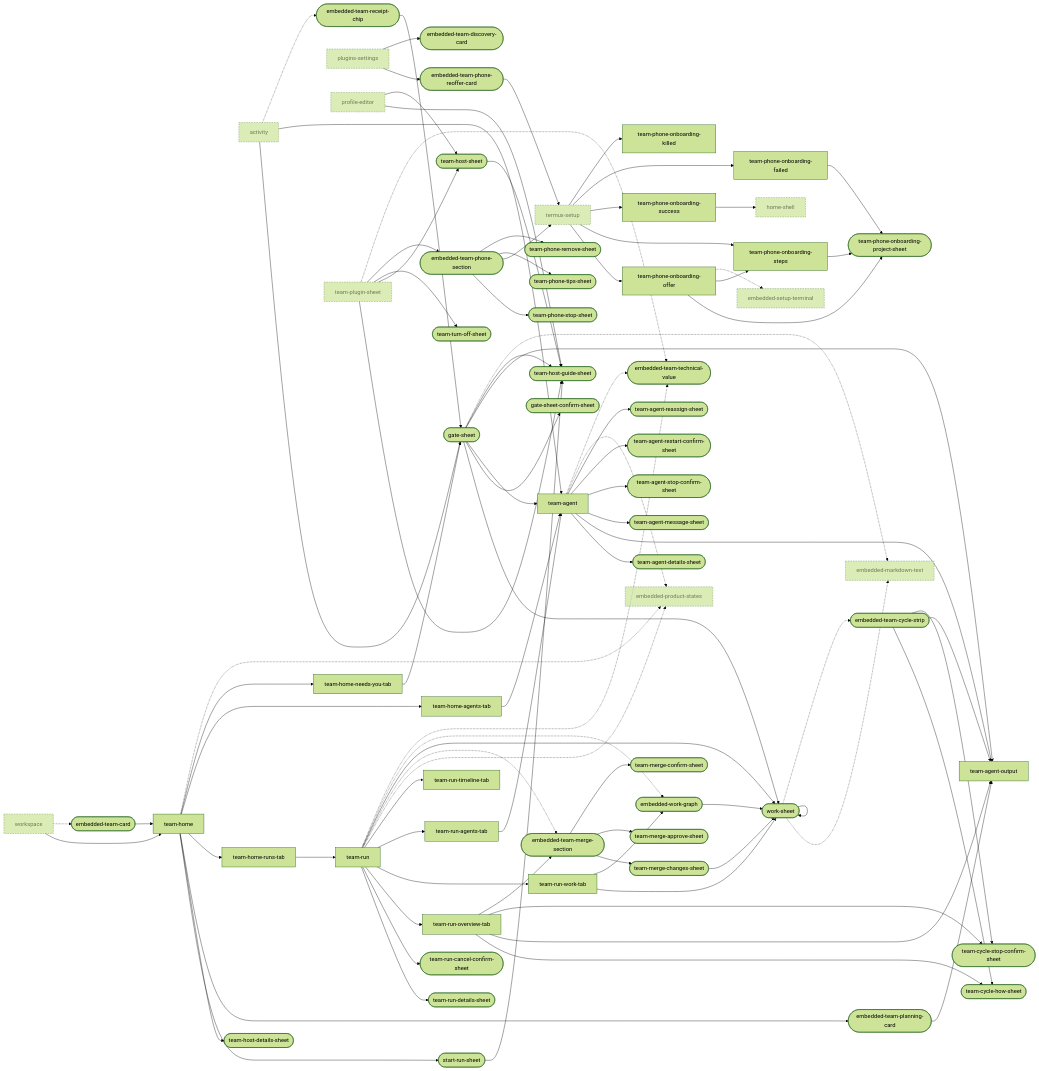
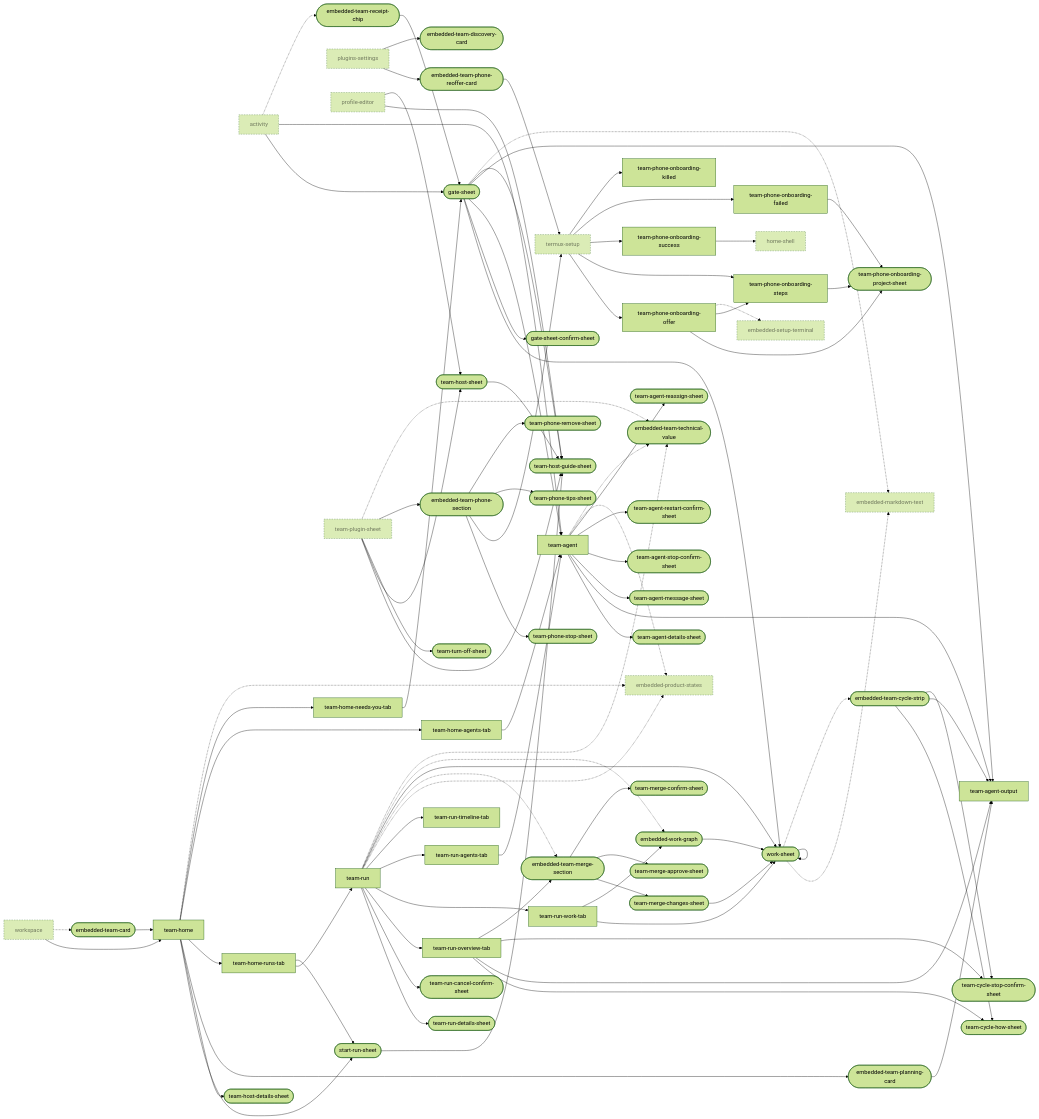
Before and after one commit to Breskott/opencode-mobile-next: the seventh of 10 diagrams in docs/design/ui-ledger/navigation.md, drawn with Mermaid (forest theme). The commit also changed other lines of this file and 8 other files, not shown here.

```diff
--- a/docs/design/ui-ledger/navigation.md
+++ b/docs/design/ui-ledger/navigation.md
@@ -984,6 +990,7 @@
   team_home --> team_host_details_sheet
   team_home --> embedded_team_planning_card
   team_home_runs_tab --> team_run
+  team_home_runs_tab --> start_run_sheet
   team_home_agents_tab --> team_agent
   team_home_needs_you_tab --> gate_sheet
   team_run --> team_run_details_sheet
```
